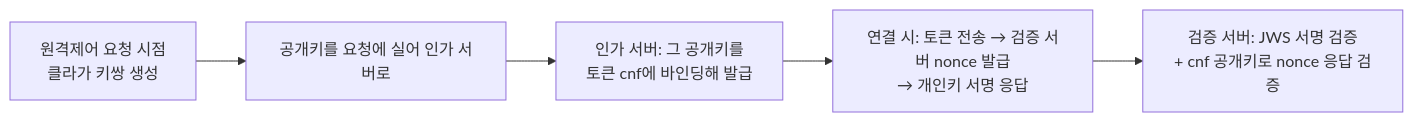
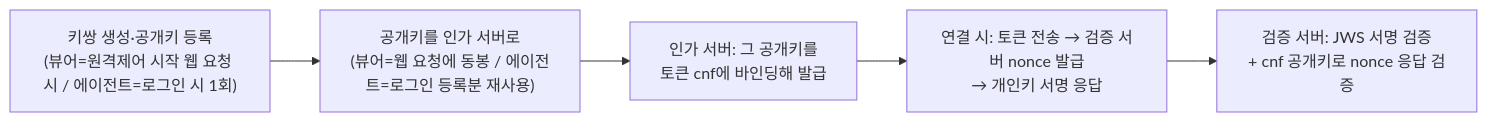
Before and after one commit to gmoon92/toy: the second of 4 diagrams in spring-security/docs/auth-architecture/sender-constrained-relay-architecture.md, drawn with Mermaid. The commit also changed other lines of this file and 1 other file, not shown here.

First line of the commit message:
docs(auth-architecture): 클라이언트 키 수명·대상 전달 경로 명확화

````diff
--- a/spring-security/docs/auth-architecture/sender-constrained-relay-architecture.md
+++ b/spring-security/docs/auth-architecture/sender-constrained-relay-architecture.md
@@ -149,7 +149,7 @@
 ```mermaid
 flowchart LR
-    A["원격제어 요청 시점<br/>클라가 키쌍 생성"] --> B["공개키를 요청에 실어 인가 서버로"]
+    A["키쌍 생성·공개키 등록<br/>(뷰어=원격제어 시작 웹 요청 시 / 에이전트=로그인 시 1회)"] --> B["공개키를 인가 서버로<br/>(뷰어=웹 요청에 동봉 / 에이전트=로그인 등록분 재사용)"]
     B --> C["인가 서버: 그 공개키를<br/>토큰 cnf에 바인딩해 발급"]
     C --> D["연결 시: 토큰 전송 → 검증 서버 nonce 발급<br/>→ 개인키 서명 응답"]
     D --> E["검증 서버: JWS 서명 검증<br/>+ cnf 공개키로 nonce 응답 검증"]
 ```
````
